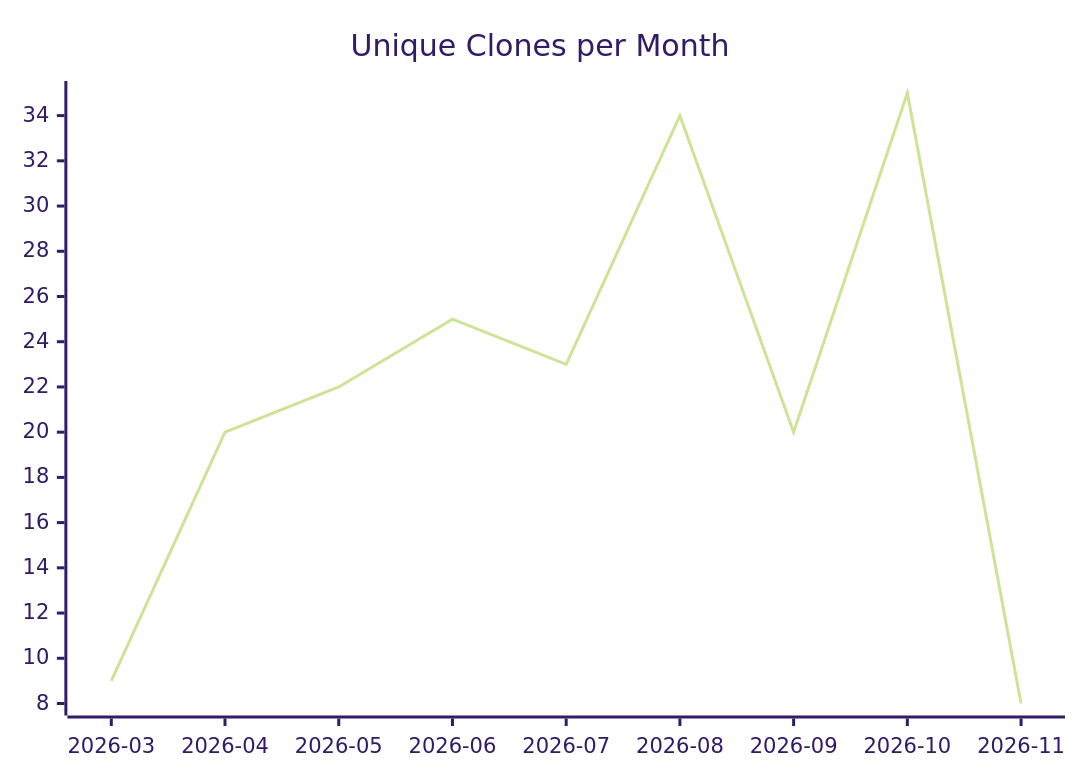
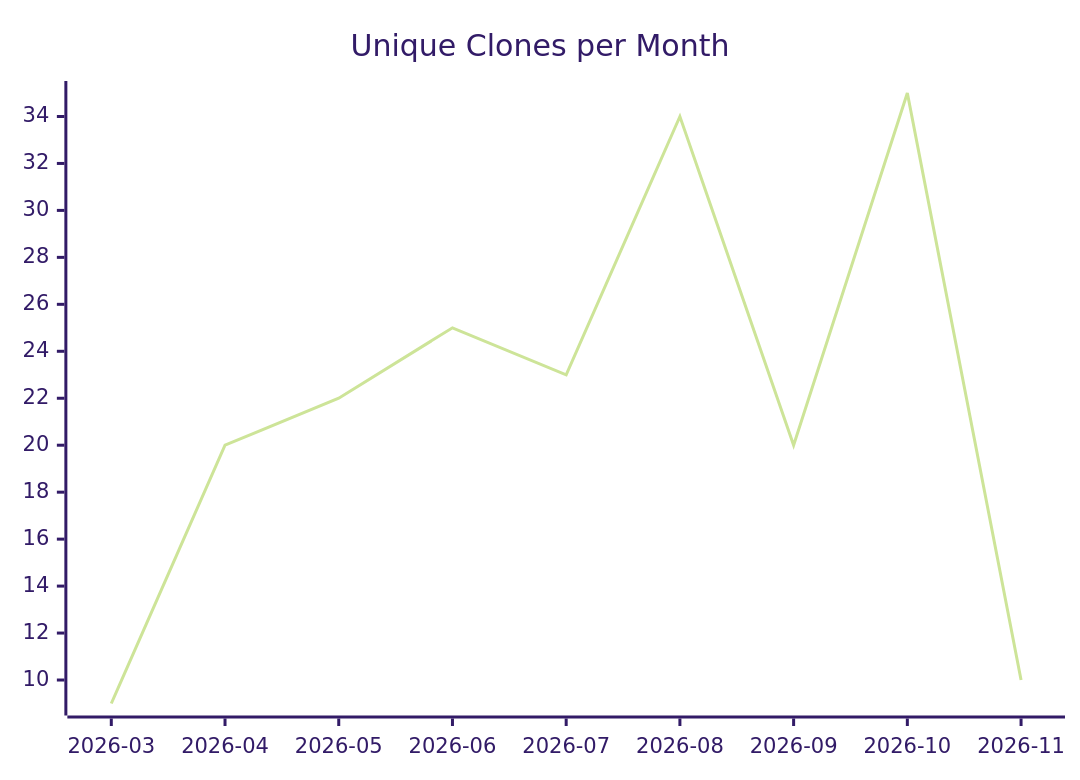
The third of 3 diagrams in karlmdavis/kxml2/README.md (justdavis-family/github-analytics-data), drawn with Mermaid (forest theme) before and after one commit. The commit also changed other lines of this file and 193 other files, not shown here.

````diff
--- a/karlmdavis/kxml2/README.md
+++ b/karlmdavis/kxml2/README.md
@@ -19,6 +19,6 @@
 ```mermaid
 xychart-beta
   title "Unique Clones per Month"
   x-axis ["2026-03", "2026-04", "2026-05", "2026-06", "2026-07", "2026-08", "2026-09", "2026-10", "2026-11"]
-  line [9, 20, 22, 25, 23, 34, 20, 35, 8]
+  line [9, 20, 22, 25, 23, 34, 20, 35, 10]
 ```
````
